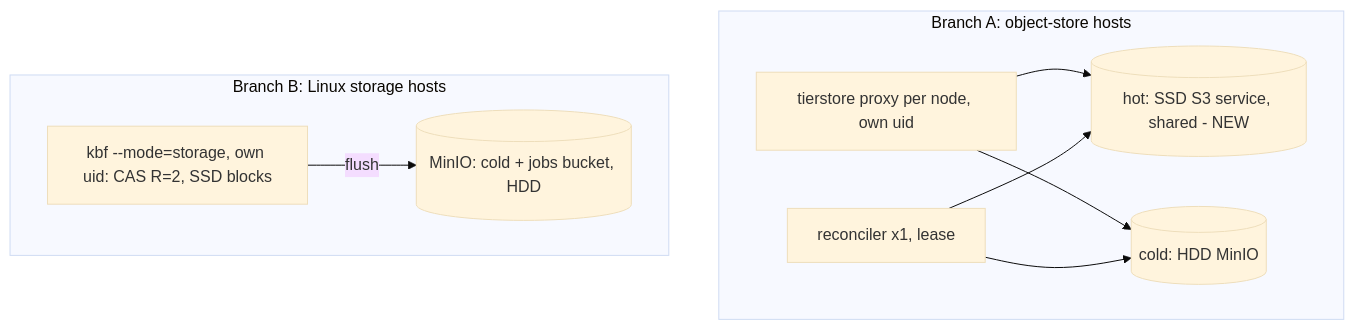
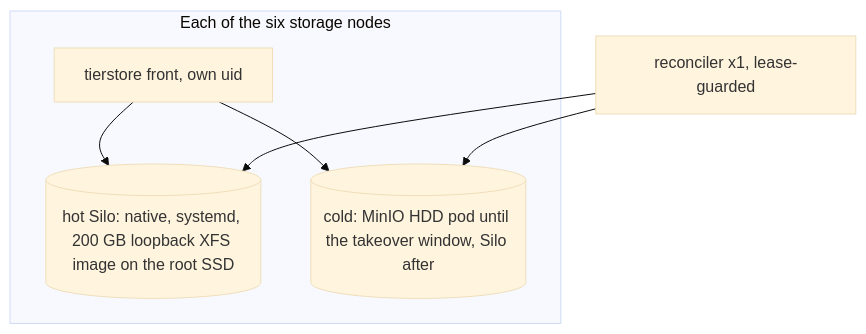
Before and after one commit to komira-ai/jobscheduler: the third of 14 diagrams in docs/design/kbf-on-js-agent.md, drawn with Mermaid (base theme). The commit also changed other lines of this file and 5 other files, not shown here.

````diff
--- a/docs/design/kbf-on-js-agent.md
+++ b/docs/design/kbf-on-js-agent.md
@@ -164,18 +170,13 @@
 ```mermaid
 flowchart TB
-  subgraph A[Branch A: object-store hosts]
-    px[tierstore proxy per node, own uid]
-    rec[reconciler x1, lease]
-    hot[(hot: SSD S3 service, shared - NEW)]
-    cold[(cold: HDD MinIO)]
+  subgraph N[Each of the six storage nodes]
+    px[tierstore front, own uid]
+    hot[(hot Silo: native, systemd, 200 GB loopback XFS image on the root SSD)]
+    cold[(cold: MinIO HDD pod until the takeover window, Silo after)]
     px --> hot
     px --> cold
-    rec --> hot
-    rec --> cold
   end
-  subgraph B[Branch B: Linux storage hosts]
-    ks[kbf --mode=storage, own uid: CAS R=2, SSD blocks]
-    mio[(MinIO: cold + jobs bucket, HDD)]
-    ks -- flush --> mio
-  end
+  rec[reconciler x1, lease-guarded]
+  rec --> hot
+  rec --> cold
 ```
````
